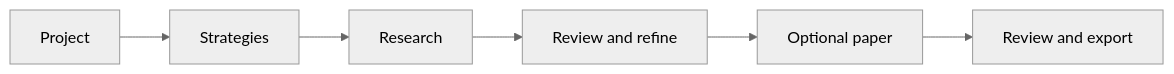
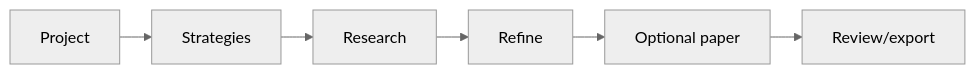
The diagram in README.md (bkramerext/sigma), drawn with Mermaid (neutral theme) before and after one commit. The commit also changed 1 other file, not shown here.

Commit message:
Fit horizontal workflow into GitHub Mermaid viewer

````diff
--- a/README.md
+++ b/README.md
@@ -19,4 +19,5 @@
 ```mermaid
+%%{init: {"flowchart": {"nodeSpacing": 24, "rankSpacing": 32}}}%%
 flowchart LR
-    A[Project] --> B[Strategies] --> C[Research] --> D[Review and refine] --> E[Optional paper] --> F[Review and export]
+    A[Project] --> B[Strategies] --> C[Research] --> D[Refine] --> E[Optional paper] --> F[Review/export]
 ```
````
